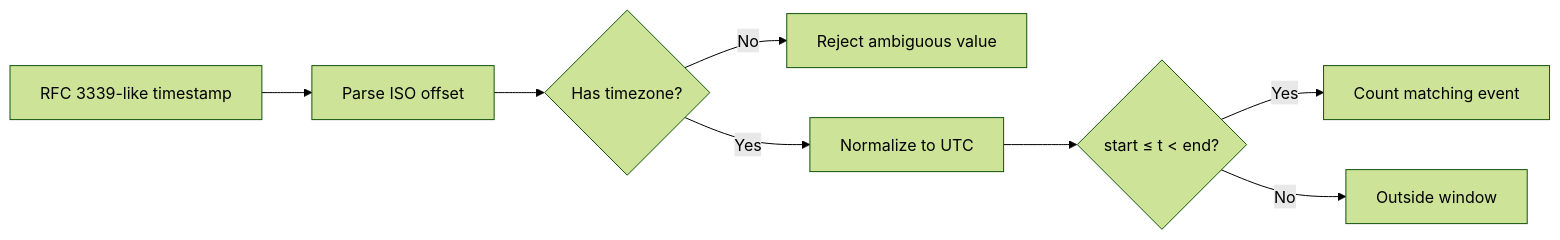
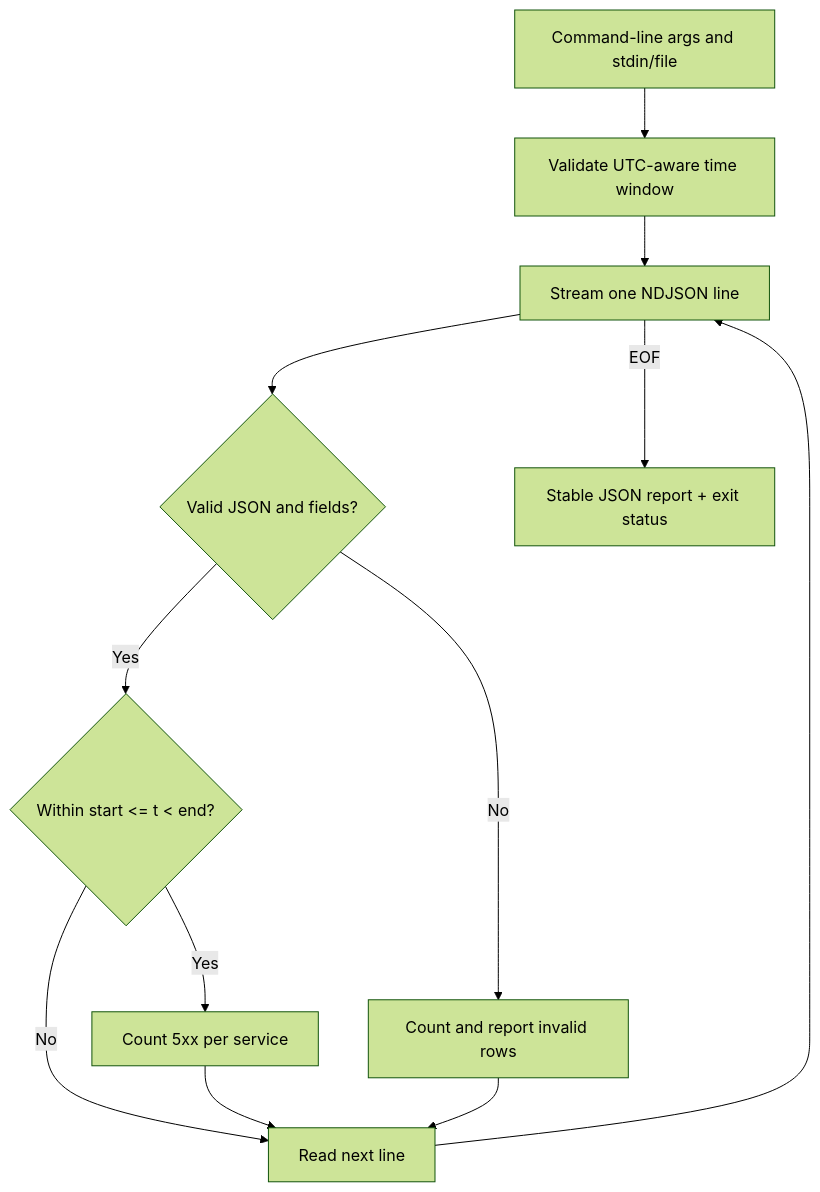
Before and after one commit to EdwinPhilip/edwinphilip.github.io: the diagram in docs/guides/python-automation/q5.md, drawn with Mermaid (forest theme). The commit also changed other lines of this file, not shown here.

Commit message:
docs(python): add complete CLI automation and testing chapter

````diff
--- a/docs/guides/python-automation/q5.md
+++ b/docs/guides/python-automation/q5.md
@@ -11,10 +19,14 @@
 ```mermaid
-flowchart LR
- RAW["RFC 3339-like timestamp"] --> PARSE["Parse ISO offset"]
- PARSE --> AWARE{"Has timezone?"}
- AWARE -->|No| REJECT["Reject ambiguous value"]
- AWARE -->|Yes| UTC["Normalize to UTC"]
- UTC --> WINDOW{"start ≤ t < end?"}
- WINDOW -->|Yes| COUNT["Count matching event"]
- WINDOW -->|No| SKIP["Outside window"]
+flowchart TD
+ CLI["Command-line args and stdin/file"] --> ARGS["Validate UTC-aware time window"]
+ ARGS --> READ["Stream one NDJSON line"]
+ READ --> DEC{"Valid JSON and fields?"}
+ DEC -->|No| BAD["Count and report invalid rows"]
+ DEC -->|Yes| WIN{"Within start <= t < end?"}
+ WIN -->|No| NEXT["Read next line"]
+ WIN -->|Yes| AGG["Count 5xx per service"]
+ AGG --> NEXT
+ NEXT --> READ
+ BAD --> NEXT
+ READ -->|EOF| OUT["Stable JSON report + exit status"]
 ```
````
